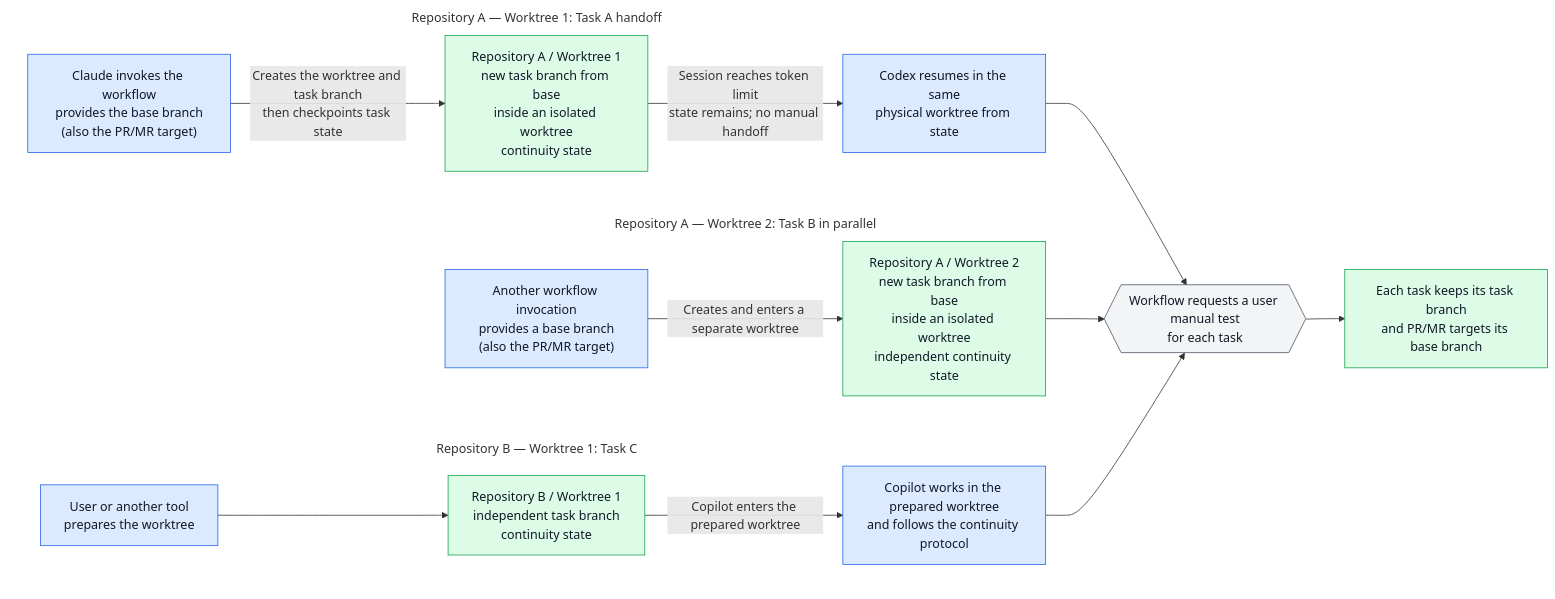
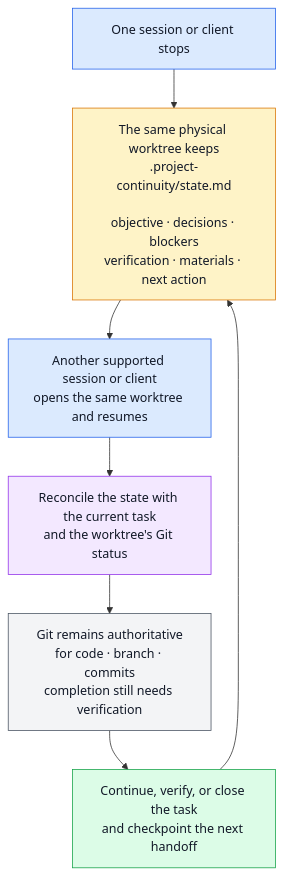
One commit to sherrilla71940/dotfiles changed the third of 4 diagrams in README.md. Above: the diagram before and after it, drawn with Mermaid. The commit also changed other lines of this file and 1 other file, not shown here.

Commit message:
docs(readme): refine architecture diagram labels

````diff
--- a/README.md
+++ b/README.md
@@ -545,48 +177,17 @@
 ```mermaid
-%%{init: {"themeVariables": {"clusterBkg": "transparent"}, "flowchart": {"useMaxWidth": false}}}%%
-flowchart LR
-    subgraph taskA["Repository A — Worktree 1: Task A handoff"]
-        claudeA["Claude invokes the workflow<br/>provides the base branch<br/>(also the PR/MR target)"]
-        workA["Repository A / Worktree 1<br/>new task branch from base<br/>inside an isolated worktree<br/>continuity state"]
-        codexA["Codex resumes in the same<br/>physical worktree from state"]
-        claudeA -->|"Creates the worktree and task branch<br/>then checkpoints task state"| workA
-        workA -->|"Session reaches token limit<br/>state remains; no manual handoff"| codexA
-    end
+flowchart TD
+    stop["One session or client stops"]:::handoff
+    persist["The same physical worktree keeps<br/>.project-continuity/state.md<br/><br/>objective · decisions · blockers<br/>verification · materials · next action"]:::state
+    resume["Another supported session or client<br/>opens the same worktree and resumes"]:::handoff
+    reconcile["Reconcile the state with the current task<br/>and the worktree's Git status"]:::check
+    git["Git remains authoritative<br/>for code · branch · commits<br/>completion still needs verification"]:::authority
+    continue["Continue, verify, or close the task<br/>and checkpoint the next handoff"]:::work
 
-    subgraph taskB["Repository A — Worktree 2: Task B in parallel"]
-        claudeB["Another workflow invocation<br/>provides a base branch<br/>(also the PR/MR target)"]
-        workB["Repository A / Worktree 2<br/>new task branch from base<br/>inside an isolated worktree<br/>independent continuity state"]
-        claudeB -->|"Creates and enters a separate worktree"| workB
-    end
+    stop --> persist --> resume --> reconcile --> git --> continue --> persist
 
-    subgraph taskC["Repository B — Worktree 1: Task C"]
-        prepC["User or another tool<br/>prepares the worktree"]
-        workC["Repository B / Worktree 1<br/>independent task branch<br/>continuity state"]
-        copilotC["Copilot works in the prepared worktree<br/>and follows the continuity protocol"]
-        prepC --> workC
-        workC -->|"Copilot enters the prepared worktree"| copilotC
-    end
-
-    gate{{"Workflow requests a user manual test<br/>for each task"}}
-    out["Each task keeps its task branch<br/>and PR/MR targets its base branch"]
-
-    codexA --> gate
-    workB --> gate
-    copilotC --> gate
-    gate --> out
-
-    class claudeA,codexA,claudeB,prepC,copilotC input
-    class workA,workB,workC,out output
-    class gate control
-
-    classDef input fill:#dbeafe,stroke:#2563eb,color:#111827
-    classDef orchestration fill:#f3e8ff,stroke:#9333ea,color:#111827
-    classDef output fill:#dcfce7,stroke:#16a34a,color:#111827
-    classDef work fill:#fef3c7,stroke:#d97706,color:#111827
-    classDef control fill:#f3f4f6,stroke:#4b5563,color:#111827
-    classDef exception fill:#fee2e2,stroke:#dc2626,color:#111827
-
-    style taskA fill:none,stroke:transparent
-    style taskB fill:none,stroke:transparent
-    style taskC fill:none,stroke:transparent
+    classDef handoff fill:#dbeafe,stroke:#2563eb,color:#111827
+    classDef state fill:#fef3c7,stroke:#d97706,color:#111827
+    classDef check fill:#f3e8ff,stroke:#9333ea,color:#111827
+    classDef authority fill:#f3f4f6,stroke:#4b5563,color:#111827
+    classDef work fill:#dcfce7,stroke:#16a34a,color:#111827
 ```
````
